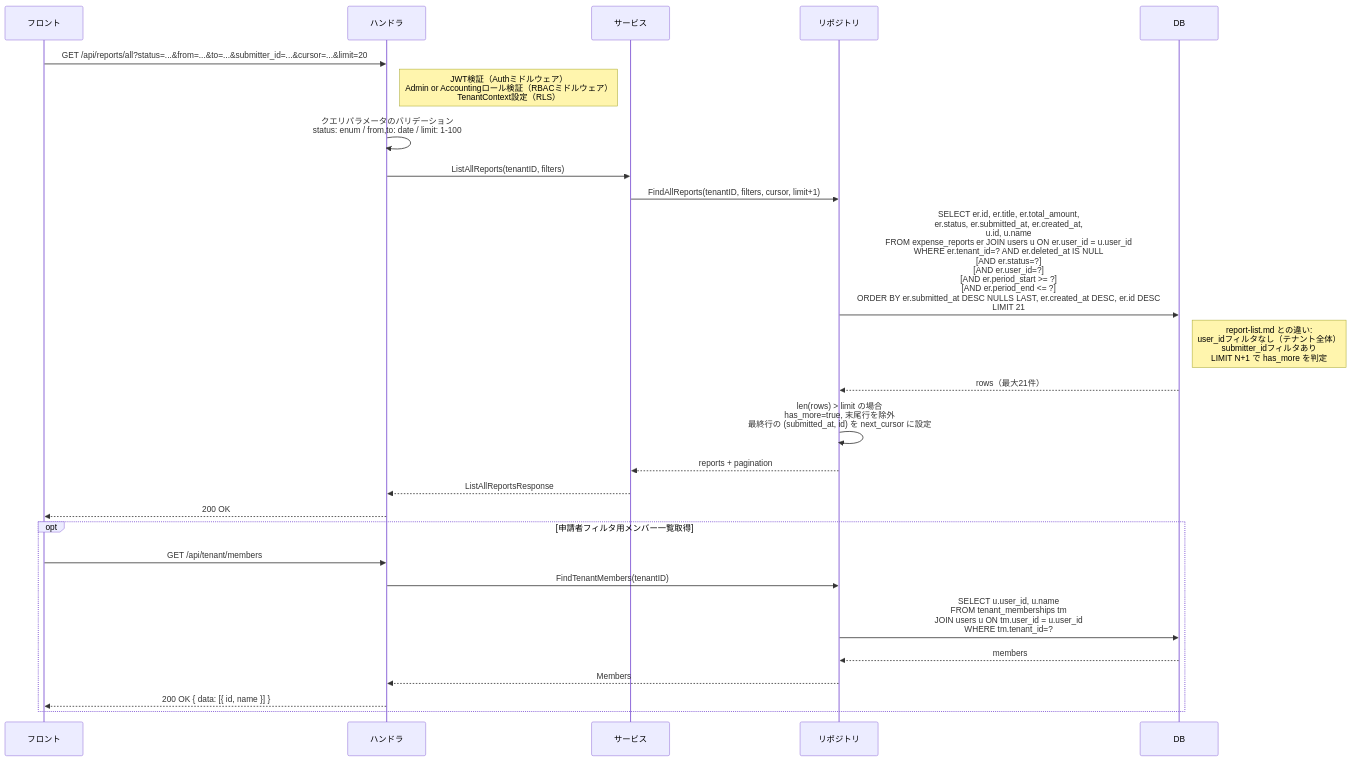
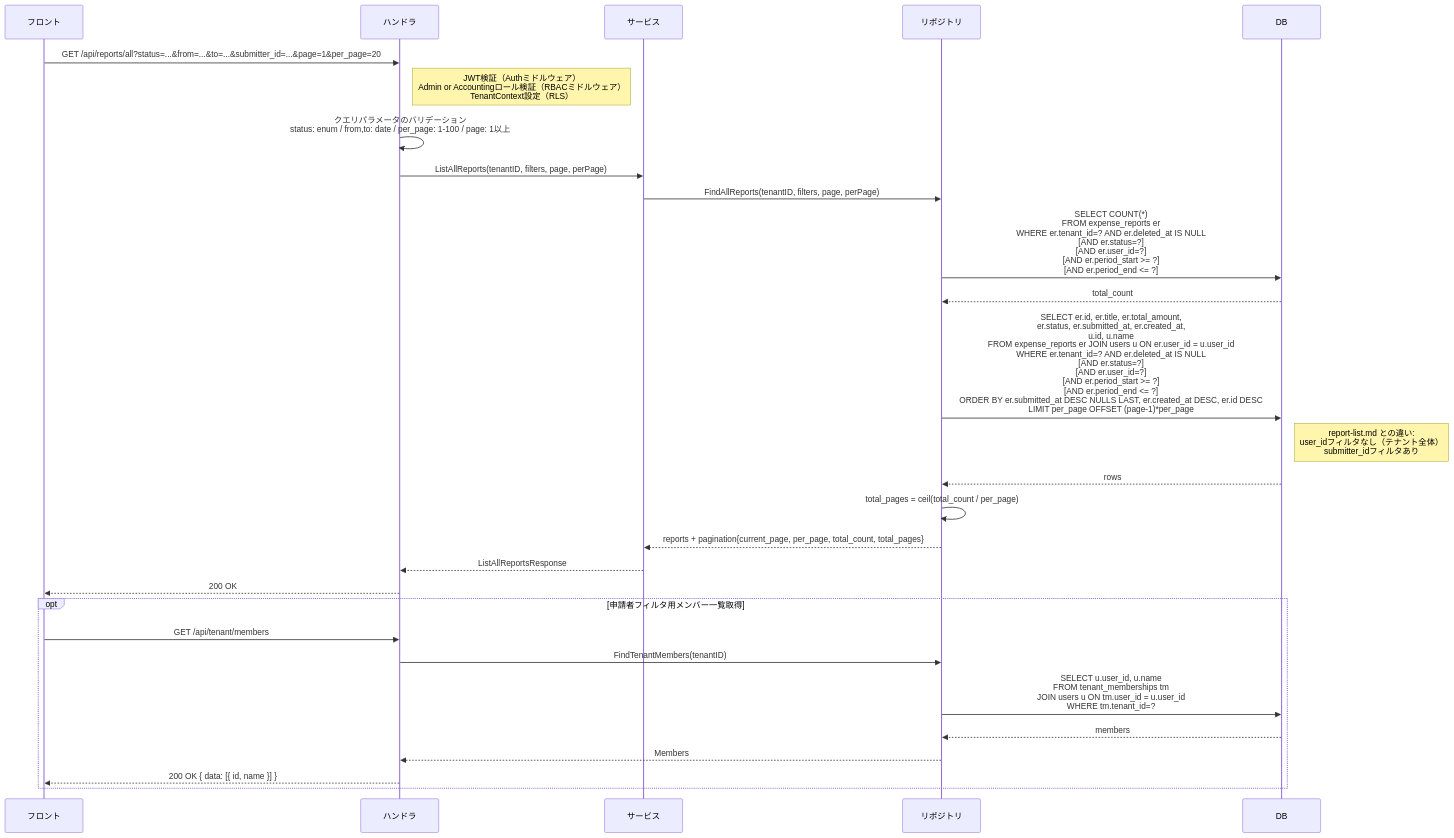
Before and after one commit to atsuro128/dev-journal: the diagram in deliverables/docs/50_detail_design/screens/admin-all-reports.md, drawn with Mermaid. The commit also changed other lines of this file and 14 other files, not shown here.

````diff
--- a/deliverables/docs/50_detail_design/screens/admin-all-reports.md
+++ b/deliverables/docs/50_detail_design/screens/admin-all-reports.md
@@ -238,30 +242,32 @@
 ```mermaid
 sequenceDiagram
     participant F as フロント
     participant H as ハンドラ
     participant S as サービス
     participant R as リポジトリ
     participant DB as DB
 
-    F->>H: GET /api/reports/all?status=...&from=...&to=...&submitter_id=...&cursor=...&limit=20
+    F->>H: GET /api/reports/all?status=...&from=...&to=...&submitter_id=...&page=1&per_page=20
     Note right of H: JWT検証（Authミドルウェア）<br/>Admin or Accountingロール検証（RBACミドルウェア）<br/>TenantContext設定（RLS）
-    H->>H: クエリパラメータのバリデーション<br/>status: enum / from,to: date / limit: 1-100
-    H->>S: ListAllReports(tenantID, filters)
-    S->>R: FindAllReports(tenantID, filters, cursor, limit+1)
-    R->>DB: SELECT er.id, er.title, er.total_amount,<br/>er.status, er.submitted_at, er.created_at,<br/>u.id, u.name<br/>FROM expense_reports er JOIN users u ON er.user_id = u.user_id<br/>WHERE er.tenant_id=? AND er.deleted_at IS NULL<br/>[AND er.status=?]<br/>[AND er.user_id=?]<br/>[AND er.period_start >= ?]<br/>[AND er.period_end <= ?]<br/>ORDER BY er.submitted_at DESC NULLS LAST, er.created_at DESC, er.id DESC<br/>LIMIT 21
-    Note right of DB: report-list.md との違い:<br/>user_idフィルタなし（テナント全体）<br/>submitter_idフィルタあり<br/>LIMIT N+1 で has_more を判定
-    DB-->>R: rows（最大21件）
-    R->>R: len(rows) > limit の場合<br/>has_more=true, 末尾行を除外<br/>最終行の (submitted_at, id) を next_cursor に設定
-    R-->>S: reports + pagination
+    H->>H: クエリパラメータのバリデーション<br/>status: enum / from,to: date / per_page: 1-100 / page: 1以上
+    H->>S: ListAllReports(tenantID, filters, page, perPage)
+    S->>R: FindAllReports(tenantID, filters, page, perPage)
+    R->>DB: SELECT COUNT(*)<br/>FROM expense_reports er<br/>WHERE er.tenant_id=? AND er.deleted_at IS NULL<br/>[AND er.status=?]<br/>[AND er.user_id=?]<br/>[AND er.period_start >= ?]<br/>[AND er.period_end <= ?]
+    DB-->>R: total_count
+    R->>DB: SELECT er.id, er.title, er.total_amount,<br/>er.status, er.submitted_at, er.created_at,<br/>u.id, u.name<br/>FROM expense_reports er JOIN users u ON er.user_id = u.user_id<br/>WHERE er.tenant_id=? AND er.deleted_at IS NULL<br/>[AND er.status=?]<br/>[AND er.user_id=?]<br/>[AND er.period_start >= ?]<br/>[AND er.period_end <= ?]<br/>ORDER BY er.submitted_at DESC NULLS LAST, er.created_at DESC, er.id DESC<br/>LIMIT per_page OFFSET (page-1)*per_page
+    Note right of DB: report-list.md との違い:<br/>user_idフィルタなし（テナント全体）<br/>submitter_idフィルタあり
+    DB-->>R: rows
+    R->>R: total_pages = ceil(total_count / per_page)
+    R-->>S: reports + pagination{current_page, per_page, total_count, total_pages}
     S-->>H: ListAllReportsResponse
     H-->>F: 200 OK
 
     opt 申請者フィルタ用メンバー一覧取得
         F->>H: GET /api/tenant/members
         H->>R: FindTenantMembers(tenantID)
         R->>DB: SELECT u.user_id, u.name<br/>FROM tenant_memberships tm<br/>JOIN users u ON tm.user_id = u.user_id<br/>WHERE tm.tenant_id=?
         DB-->>R: members
         R-->>H: Members
         H-->>F: 200 OK { data: [{ id, name }] }
     end
 ```
````
